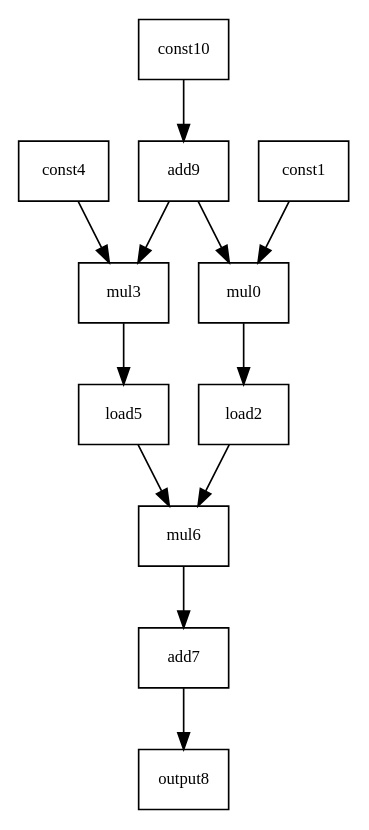
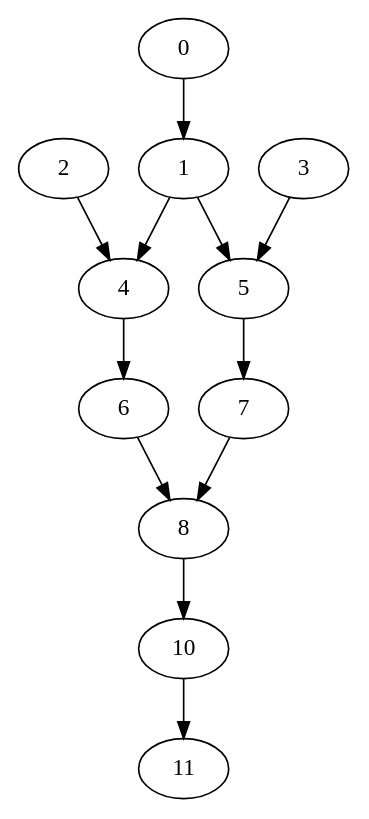
One commit to jeronimopenha/PeR changed the diagram in benchmarks/cgra/connected/mac.dot. Above: the diagram before and after it, drawn with Graphviz. The commit also changed 1 other file, not shown here.

```diff
--- a/benchmarks/cgra/connected/mac.dot
+++ b/benchmarks/cgra/connected/mac.dot
@@ -1,38 +1,24 @@
 digraph "G" {
-    graph [
-    fontsize = "10",
-    fontname = "Verdana",
-    compound = "true",
-  ];
-  edge [
-    fontsize = "10",
-    fontname = "Verdana",
-  ];
-  node [
-    shape = "record",
-    fontsize = "10",
-    fontname = "Verdana",
-  ];
-  "mul0" [label="mul0"];
-  "const1";
-  "load2";
-  "mul3";
-  "const4";
-  "load5";
-  "mul6";
-  "add7";
-  "output8";
-  "add9";
-  "const10";
-  "load2" -> "mul6";
-  "load5" -> "mul6";
-  "mul6" -> "add7";
-  "add7" -> "output8";
-  "add9" -> "mul0";
-  "add9" -> "mul3";
-  "const1" -> "mul0";
-  "mul0" -> "load2";
-  "const4" -> "mul3";
-  "mul3" -> "load5";
-  "const10" -> "add9";
+  "5";
+  "3";
+  "7";
+  "4";
+  "2";
+  "6";
+  "8";
+  "10";
+  "11";
+  "1";
+  "0";
+  "7" -> "8";
+  "6" -> "8";
+  "8" -> "10";
+  "10" -> "11";
+  "1" -> "5";
+  "1" -> "4";
+  "3" -> "5";
+  "5" -> "7";
+  "2" -> "4";
+  "4" -> "6";
+  "0" -> "1";
 }
```
